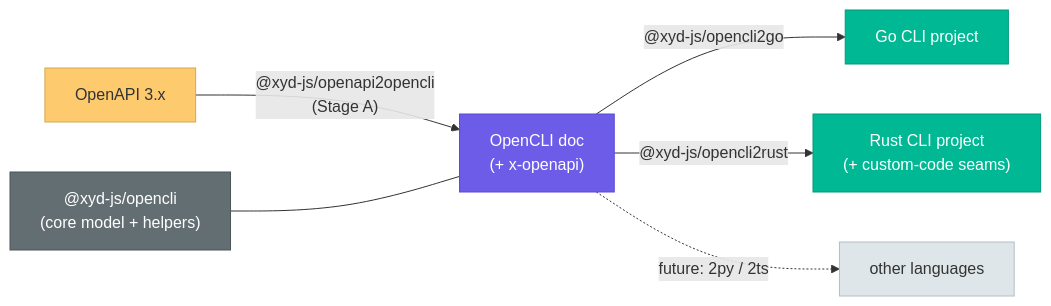
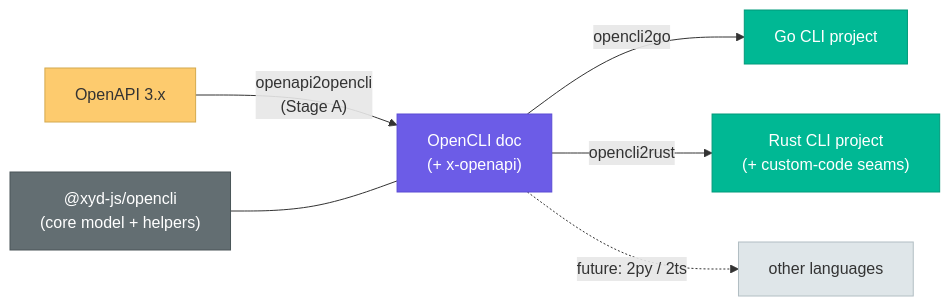
Before and after one commit to livesession/xyd: the diagram in .dev/docs/13.api-definitions/OpenCliCliGeneration.md, drawn with Mermaid. The commit also changed other lines of this file and 12728 other files, not shown here.

````diff
--- a/.dev/docs/13.api-definitions/OpenCliCliGeneration.md
+++ b/.dev/docs/13.api-definitions/OpenCliCliGeneration.md
@@ -20,16 +25,16 @@
 ```mermaid
 graph LR
-    OAS["OpenAPI 3.x"] -->|"@xyd-js/openapi2opencli\n(Stage A)"| OCLI["OpenCLI doc\n(+ x-openapi)"]
-    OCLI -->|"@xyd-js/opencli2go"| GO["Go CLI project"]
-    OCLI -->|"@xyd-js/opencli2rust"| RUST["Rust CLI project\n(+ custom-code seams)"]
+    OAS["OpenAPI 3.x"] -->|"openapi2opencli\n(Stage A)"| OCLI["OpenCLI doc\n(+ x-openapi)"]
+    OCLI -->|"opencli2go"| GO["Go CLI project"]
+    OCLI -->|"opencli2rust"| RUST["Rust CLI project\n(+ custom-code seams)"]
     OCLI -.->|"future: 2py / 2ts"| OTHER["other languages"]
 
     CORE["@xyd-js/opencli\n(core model + helpers)"] --- OCLI
 
     style OAS fill:#fdcb6e,color:#333,stroke:#d4a94e
     style OCLI fill:#6c5ce7,color:#fff,stroke:#5a4bd4
     style GO fill:#00b894,color:#fff,stroke:#009a7a
     style RUST fill:#00b894,color:#fff,stroke:#009a7a
     style OTHER fill:#dfe6e9,color:#333,stroke:#b2bec3
     style CORE fill:#636e72,color:#fff,stroke:#4a5558
 ```
````
